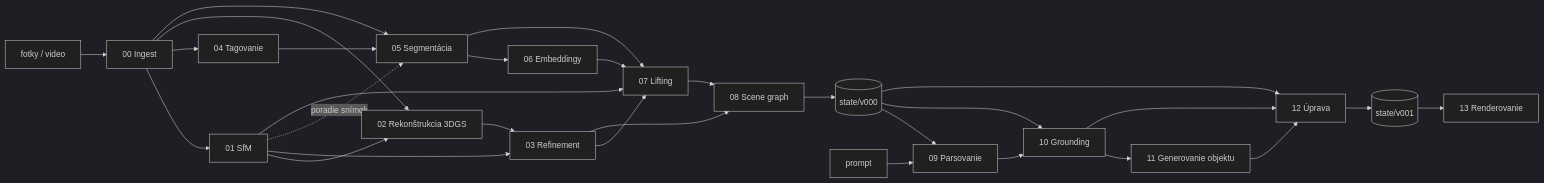
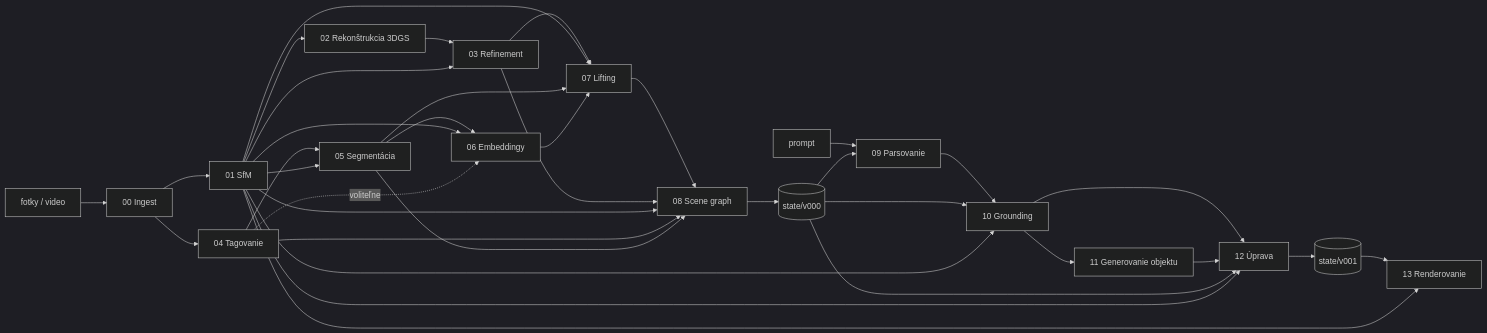
Before and after one commit to hajkovsky3/3D_scene_gen_and_edit: the diagram in phases/README.md, drawn with Mermaid (dark theme). The commit also changed other lines of this file and 4 other files, not shown here.

````diff
--- a/phases/README.md
+++ b/phases/README.md
@@ -35,32 +35,38 @@
 ```mermaid
 flowchart LR
     IN[fotky / video] --> P00[00 Ingest]
     P00 --> P01[01 SfM]
     P00 --> P04[04 Tagovanie]
     P01 --> P02[02 Rekonštrukcia 3DGS]
-    P00 --> P02
     P02 --> P03[03 Refinement]
     P01 --> P03
     P04 --> P05[05 Segmentácia]
-    P00 --> P05
-    P01 -.poradie snímok.-> P05
+    P01 --> P05
     P05 --> P06[06 Embeddingy]
+    P01 --> P06
+    P04 -.voliteľne.-> P06
     P03 --> P07[07 Lifting]
     P01 --> P07
     P05 --> P07
     P06 --> P07
     P07 --> P08[08 Scene graph]
     P03 --> P08
+    P01 --> P08
+    P04 --> P08
+    P05 --> P08
     P08 --> S0[(state/v000)]
 
     PR[prompt] --> P09[09 Parsovanie]
     S0 --> P09
     P09 --> P10[10 Grounding]
     S0 --> P10
+    P01 --> P10
     P10 --> P11[11 Generovanie objektu]
     P10 --> P12[12 Úprava]
     P11 --> P12
     S0 --> P12
+    P01 --> P12
     P12 --> S1[(state/v001)]
     S1 --> P13[13 Renderovanie]
+    P01 --> P13
 ```
````
